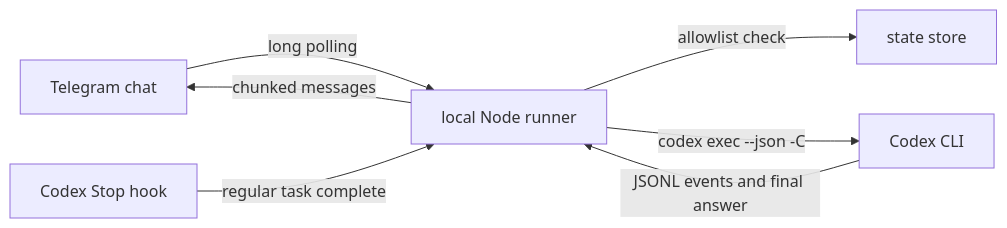
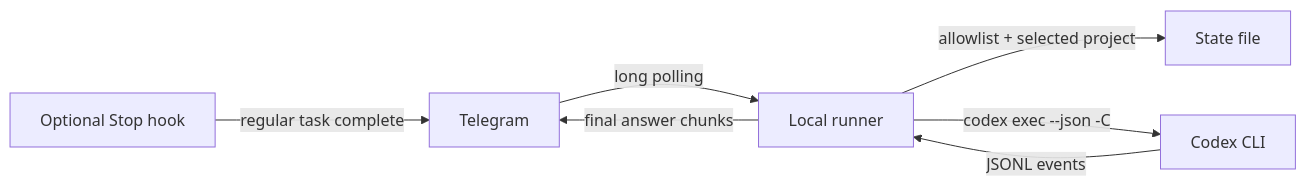
The diagram in README.md (davemessew/codex-telegram-remote), drawn with Mermaid before and after one commit. The commit also changed other lines of this file and 3 other files, not shown here.

````diff
--- a/README.md
+++ b/README.md
@@ -107,9 +175,9 @@
 ```mermaid
 flowchart LR
-  T["Telegram chat"] -->|"long polling"| R["local Node runner"]
-  R -->|"allowlist check"| S["state store"]
+  T["Telegram"] -->|"long polling"| R["Local runner"]
+  R -->|"allowlist + selected project"| S["State file"]
   R -->|"codex exec --json -C <project>"| C["Codex CLI"]
-  C -->|"JSONL events and final answer"| R
-  R -->|"chunked messages"| T
-  H["Codex Stop hook"] -->|"regular task complete"| R
+  C -->|"JSONL events"| R
+  R -->|"final answer chunks"| T
+  H["Optional Stop hook"] -->|"regular task complete"| T
 ```
````
